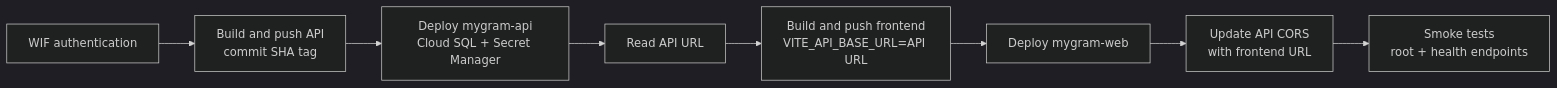
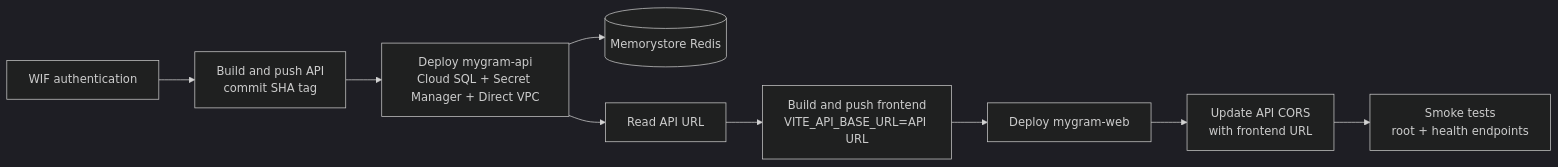
Before and after one commit to ffigoperdana/mygram-suitmedia-assessment: the second of 3 diagrams in README.md, drawn with Mermaid (dark theme). The commit also changed other lines of this file and 43 other files, not shown here.

````diff
--- a/README.md
+++ b/README.md
@@ -59,10 +61,11 @@
 ```mermaid
 flowchart LR
     AUTH[WIF authentication] --> APIIMAGE[Build and push API\ncommit SHA tag]
-    APIIMAGE --> API[Deploy mygram-api\nCloud SQL + Secret Manager]
+    APIIMAGE --> API[Deploy mygram-api\nCloud SQL + Secret Manager + Direct VPC]
+    API --> REDIS[(Memorystore Redis)]
     API --> APIURL[Read API URL]
     APIURL --> WEBIMAGE[Build and push frontend\nVITE_API_BASE_URL=API URL]
     WEBIMAGE --> WEB[Deploy mygram-web]
     WEB --> CORS[Update API CORS\nwith frontend URL]
     CORS --> SMOKE[Smoke tests\nroot + health endpoints]
 ```
````
